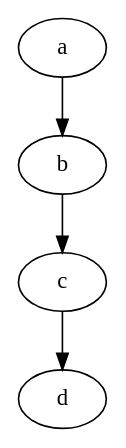
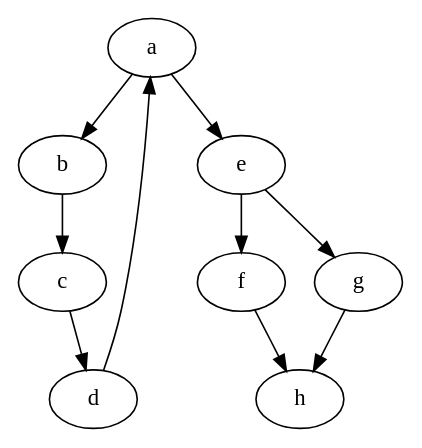
One commit to speedylight61-del/CSE464-2026-frgibbs changed the diagram in input.dot. Above: the diagram before and after it, drawn with Graphviz. The commit also changed 4 other files, not shown here.

```diff
--- a/input.dot
+++ b/input.dot
@@ -1,5 +1,11 @@
 digraph {
-    a -> b;
-    b -> c;
-    c -> d;
+a -> b;
+b -> c;
+c -> d;
+d -> a;
+a -> e;
+e -> f;
+e -> g;
+f -> h;
+g -> h;
 }
```
